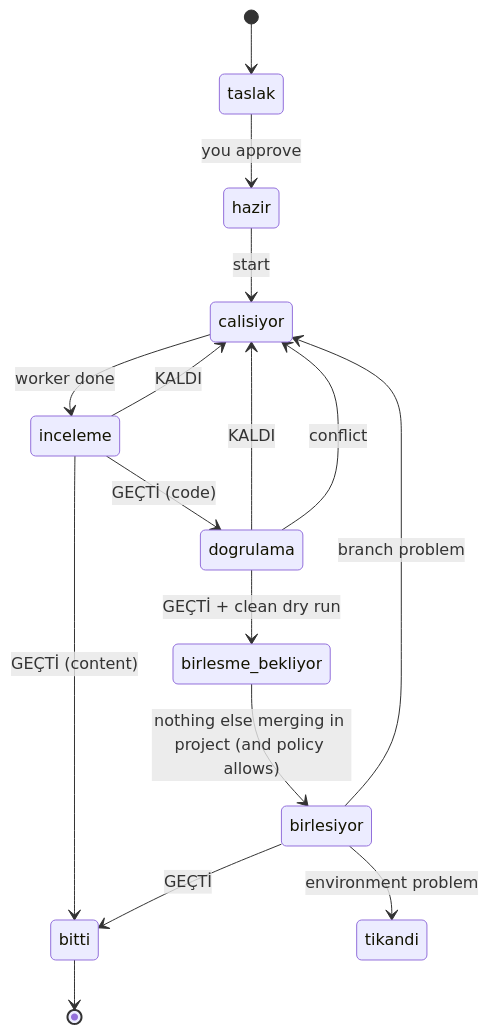
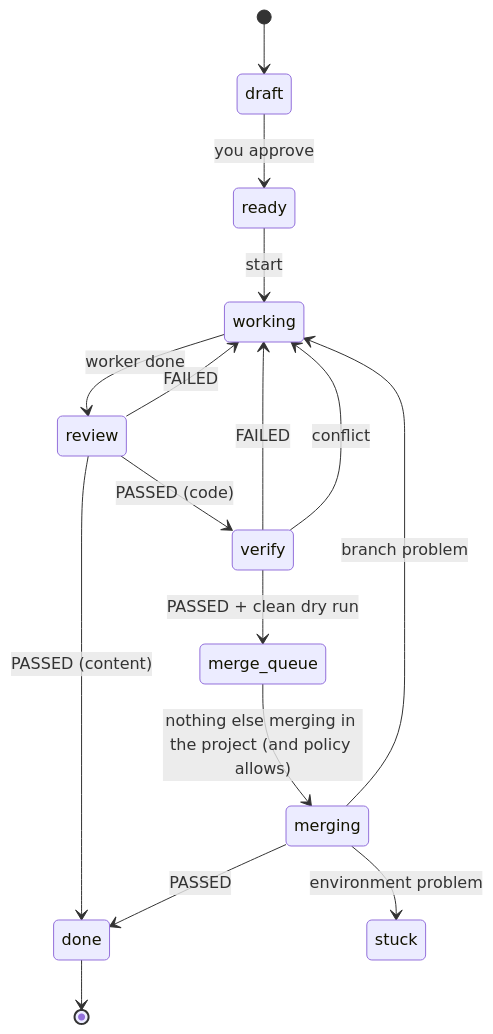
The second of 2 diagrams in docs/ARCHITECTURE.md (Sahinoglu0/sheepdog), drawn with Mermaid before and after one commit. The commit also changed other lines of this file and 166 other files, not shown here.

````diff
--- a/docs/ARCHITECTURE.md
+++ b/docs/ARCHITECTURE.md
@@ -29,18 +35,18 @@
 ```mermaid
 stateDiagram-v2
-    [*] --> taslak
-    taslak --> hazir: you approve
-    hazir --> calisiyor: start
-    calisiyor --> inceleme: worker done
-    inceleme --> calisiyor: KALDI
-    inceleme --> dogrulama: GEÇTİ (code)
-    inceleme --> bitti: GEÇTİ (content)
-    dogrulama --> calisiyor: KALDI
-    dogrulama --> birlesme_bekliyor: GEÇTİ + clean dry run
-    dogrulama --> calisiyor: conflict
-    birlesme_bekliyor --> birlesiyor: nothing else merging in project (and policy allows)
-    birlesiyor --> bitti: GEÇTİ
-    birlesiyor --> calisiyor: branch problem
-    birlesiyor --> tikandi: environment problem
-    bitti --> [*]
+    [*] --> draft
+    draft --> ready: you approve
+    ready --> working: start
+    working --> review: worker done
+    review --> working: FAILED
+    review --> verify: PASSED (code)
+    review --> done: PASSED (content)
+    verify --> working: FAILED
+    verify --> merge_queue: PASSED + clean dry run
+    verify --> working: conflict
+    merge_queue --> merging: nothing else merging in the project (and policy allows)
+    merging --> done: PASSED
+    merging --> working: branch problem
+    merging --> stuck: environment problem
+    done --> [*]
 ```
````
